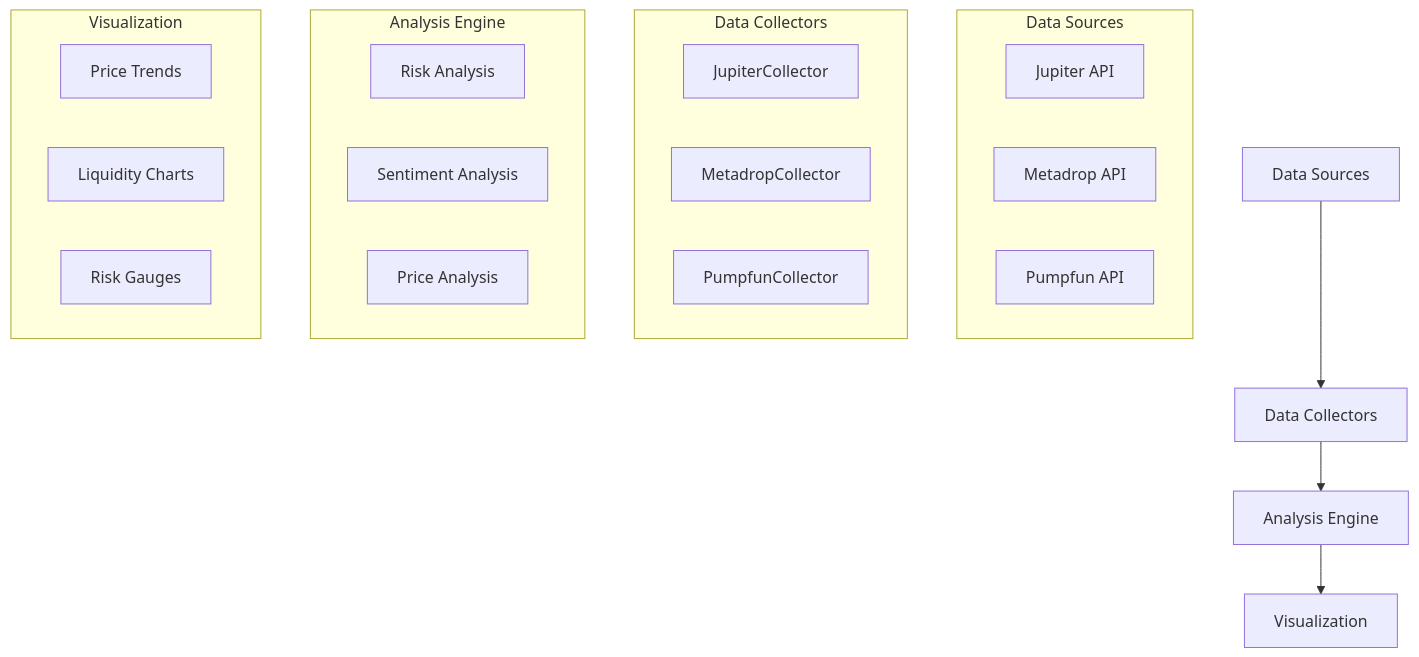
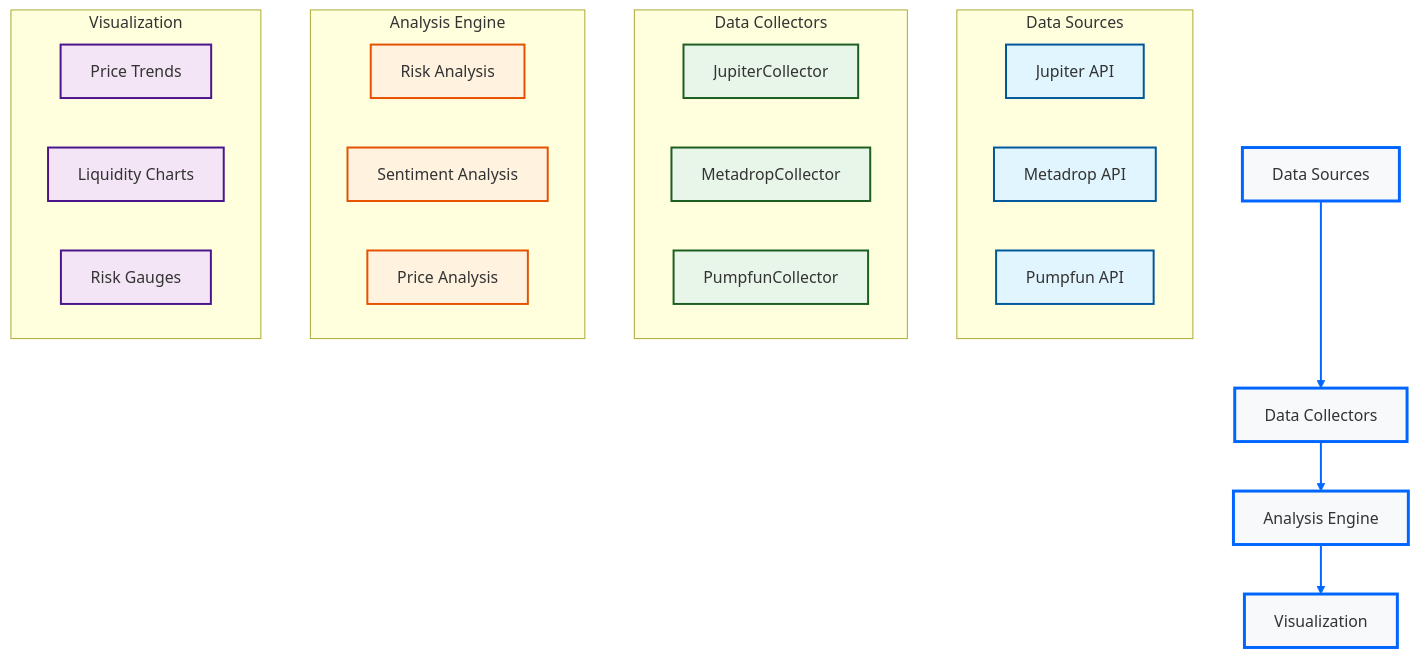
Before and after one commit to sanfactor/0130: the diagram in README.md, drawn with Mermaid.

Commit message:
docs: Enhance architecture diagram with improved styling and visual hierarchy

````diff
--- a/README.md
+++ b/README.md
@@ -30,30 +30,41 @@
 ```mermaid
 graph TD
+    classDef sourceNode fill:#e1f5fe,stroke:#01579b,stroke-width:2px
+    classDef collectorNode fill:#e8f5e9,stroke:#1b5e20,stroke-width:2px
+    classDef engineNode fill:#fff3e0,stroke:#e65100,stroke-width:2px
+    classDef vizNode fill:#f3e5f5,stroke:#4a148c,stroke-width:2px
+    
     A[Data Sources] --> B[Data Collectors]
     B --> C[Analysis Engine]
     C --> D[Visualization]
     
-    subgraph Data Sources
-        A1[Jupiter API]
-        A2[Metadrop API]
-        A3[Pumpfun API]
+    subgraph "Data Sources"
+        A1[Jupiter API]:::sourceNode
+        A2[Metadrop API]:::sourceNode
+        A3[Pumpfun API]:::sourceNode
     end
     
-    subgraph Data Collectors
-        B1[JupiterCollector]
-        B2[MetadropCollector]
-        B3[PumpfunCollector]
+    subgraph "Data Collectors"
+        B1[JupiterCollector]:::collectorNode
+        B2[MetadropCollector]:::collectorNode
+        B3[PumpfunCollector]:::collectorNode
     end
     
-    subgraph Analysis Engine
-        C1[Risk Analysis]
-        C2[Sentiment Analysis]
-        C3[Price Analysis]
+    subgraph "Analysis Engine"
+        C1[Risk Analysis]:::engineNode
+        C2[Sentiment Analysis]:::engineNode
+        C3[Price Analysis]:::engineNode
     end
     
-    subgraph Visualization
-        D1[Price Trends]
-        D2[Liquidity Charts]
-        D3[Risk Gauges]
+    subgraph "Visualization"
+        D1[Price Trends]:::vizNode
+        D2[Liquidity Charts]:::vizNode
+        D3[Risk Gauges]:::vizNode
     end
+
+    linkStyle default stroke:#0066FF,stroke-width:2px
+    style A fill:#f8f9fa,stroke:#0066FF,stroke-width:3px
+    style B fill:#f8f9fa,stroke:#0066FF,stroke-width:3px
+    style C fill:#f8f9fa,stroke:#0066FF,stroke-width:3px
+    style D fill:#f8f9fa,stroke:#0066FF,stroke-width:3px
 ```
````
